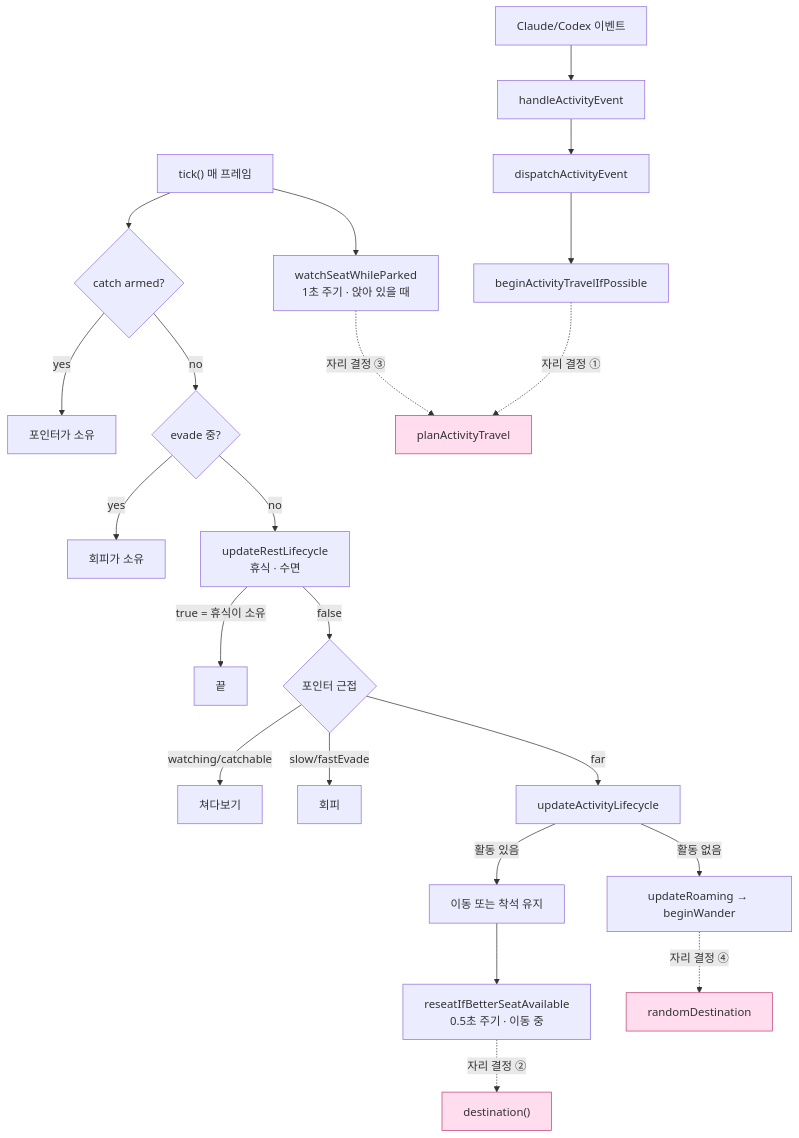
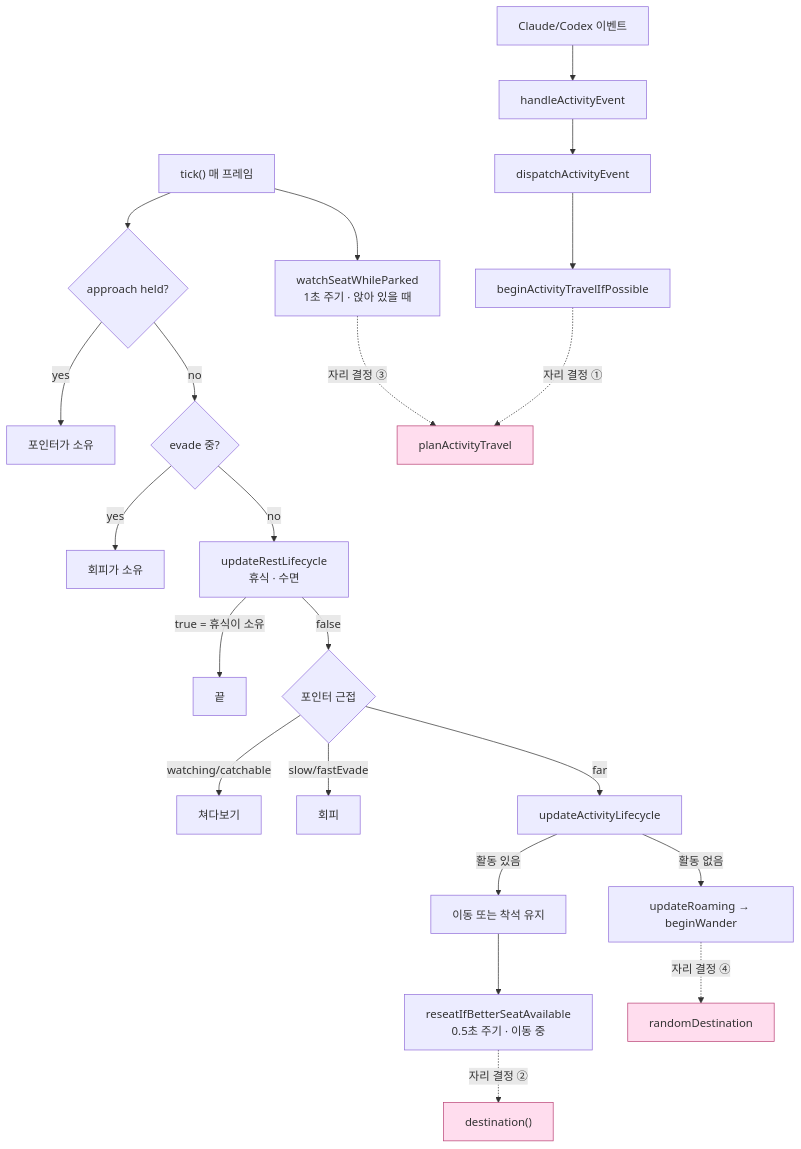
Before and after one commit to creatorKoo/Roamling: the first of 5 diagrams in docs/placement.md, drawn with Mermaid. The commit also changed other lines of this file and 16 other files, not shown here.

First line of the commit message:
Name the approach reaction for what it is, not the catch it once gated

````diff
--- a/docs/placement.md
+++ b/docs/placement.md
@@ -47,29 +47,29 @@
 ```mermaid
 flowchart TD
     T["tick() 매 프레임"] --> W["watchSeatWhileParked<br/>1초 주기 · 앉아 있을 때"]
-    T --> CH{"catch armed?"}
+    T --> CH{"approach held?"}
     CH -->|yes| CATCH["포인터가 소유"]
     CH -->|no| EV{"evade 중?"}
     EV -->|yes| EVADE["회피가 소유"]
     EV -->|no| R["updateRestLifecycle<br/>휴식 · 수면"]
     R -->|"true = 휴식이 소유"| DONE1["끝"]
     R -->|false| P{"포인터 근접"}
     P -->|"watching/catchable"| LOOK["쳐다보기"]
     P -->|"slow/fastEvade"| APPLY["회피"]
     P -->|far| A["updateActivityLifecycle"]
     A -->|"활동 있음"| A2["이동 또는 착석 유지"]
     A -->|"활동 없음"| RM["updateRoaming → beginWander"]
 
     EVT["Claude/Codex 이벤트"] --> HAE["handleActivityEvent"]
     HAE --> DAE["dispatchActivityEvent"]
     DAE --> BAT["beginActivityTravelIfPossible"]
     A2 --> RS["reseatIfBetterSeatAvailable<br/>0.5초 주기 · 이동 중"]
 
     BAT -.->|"자리 결정 ①"| PLAN["planActivityTravel"]
     RS -.->|"자리 결정 ②"| PLAN2["destination()"]
     W -.->|"자리 결정 ③"| PLAN
     RM -.->|"자리 결정 ④"| RND["randomDestination"]
 
     classDef decision fill:#fde,stroke:#b47
     class PLAN,PLAN2,RND decision
 ```
````
